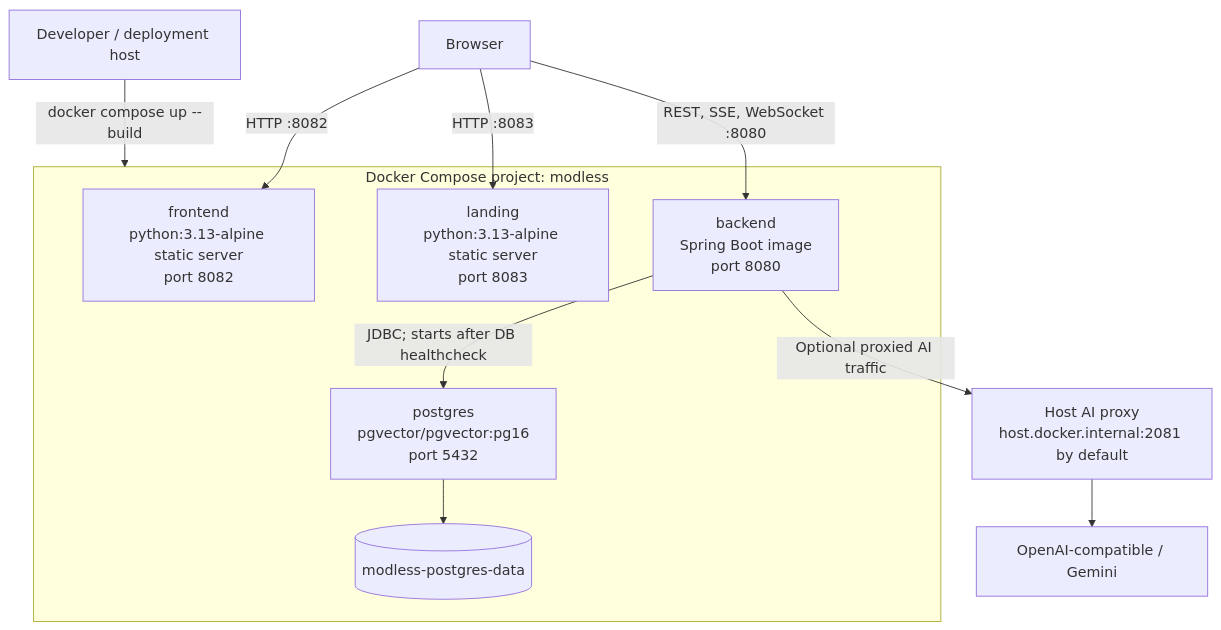
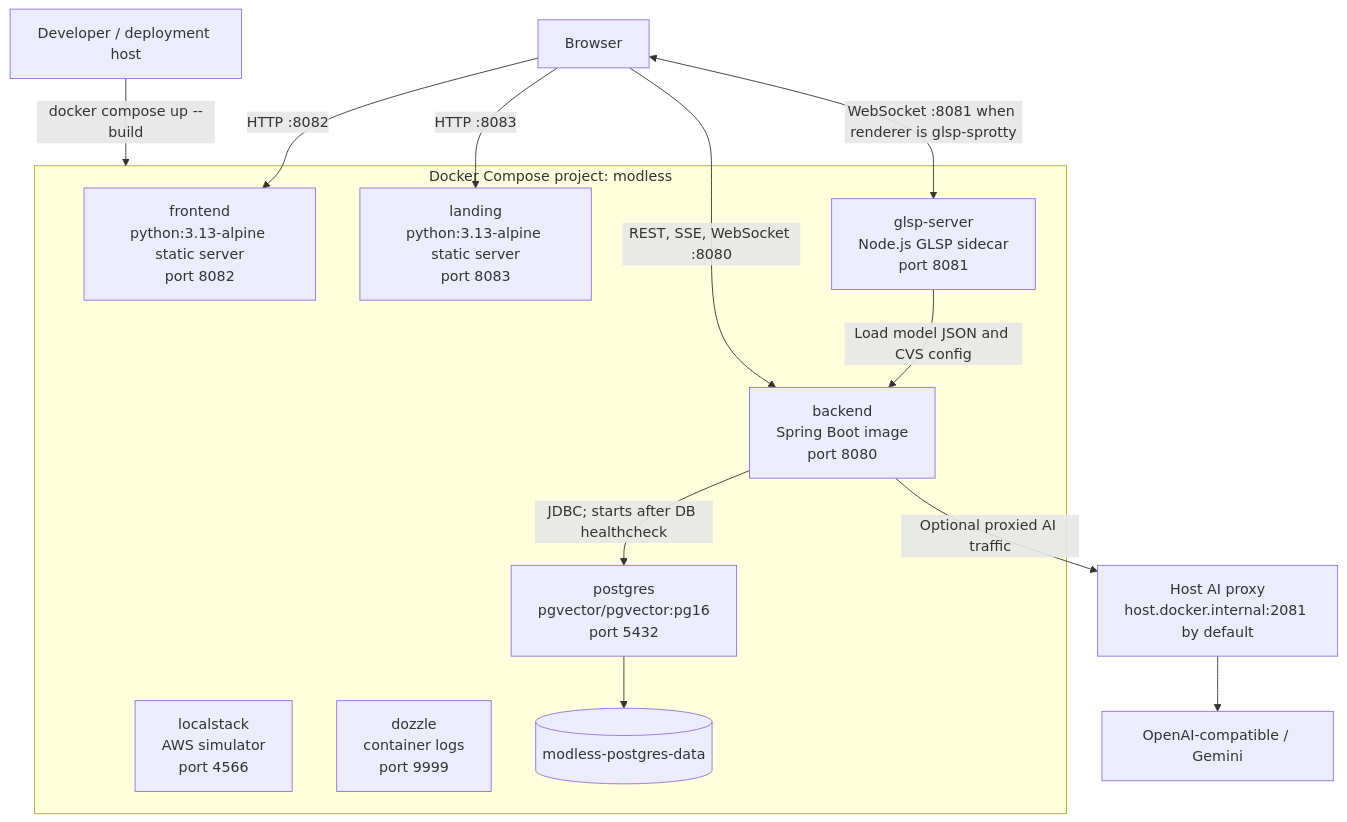
The first of 2 diagrams in docs/diagrams/04-deployment-and-runtime.md (mehdieidi/modriss), drawn with Mermaid before and after one commit. The commit also changed other lines of this file and 50 other files, not shown here.

````diff
--- a/docs/diagrams/04-deployment-and-runtime.md
+++ b/docs/diagrams/04-deployment-and-runtime.md
@@ -5,24 +5,29 @@
 ```mermaid
 flowchart TB
     host["Developer / deployment host"]
     browser["Browser"]
 
     subgraph compose["Docker Compose project: modless"]
         frontend["frontend<br/>python:3.13-alpine static server<br/>port 8082"]
+        glsp["glsp-server<br/>Node.js GLSP sidecar<br/>port 8081"]
         landing["landing<br/>python:3.13-alpine static server<br/>port 8083"]
         backend["backend<br/>Spring Boot image<br/>port 8080"]
         postgres["postgres<br/>pgvector/pgvector:pg16<br/>port 5432"]
+        localstack["localstack<br/>AWS simulator<br/>port 4566"]
+        dozzle["dozzle<br/>container logs<br/>port 9999"]
         volume[("modless-postgres-data")]
     end
 
     proxy["Host AI proxy<br/>host.docker.internal:2081 by default"]
     provider["OpenAI-compatible / Gemini"]
 
     host -->|"docker compose up --build"| compose
     browser -->|"HTTP :8082"| frontend
     browser -->|"HTTP :8083"| landing
     browser -->|"REST, SSE, WebSocket :8080"| backend
+    browser <-->|"WebSocket :8081 when renderer is glsp-sprotty"| glsp
+    glsp -->|"Load model JSON and CVS config"| backend
     backend -->|"JDBC; starts after DB healthcheck"| postgres
     postgres --> volume
     backend -->|"Optional proxied AI traffic"| proxy --> provider
 ```
````
